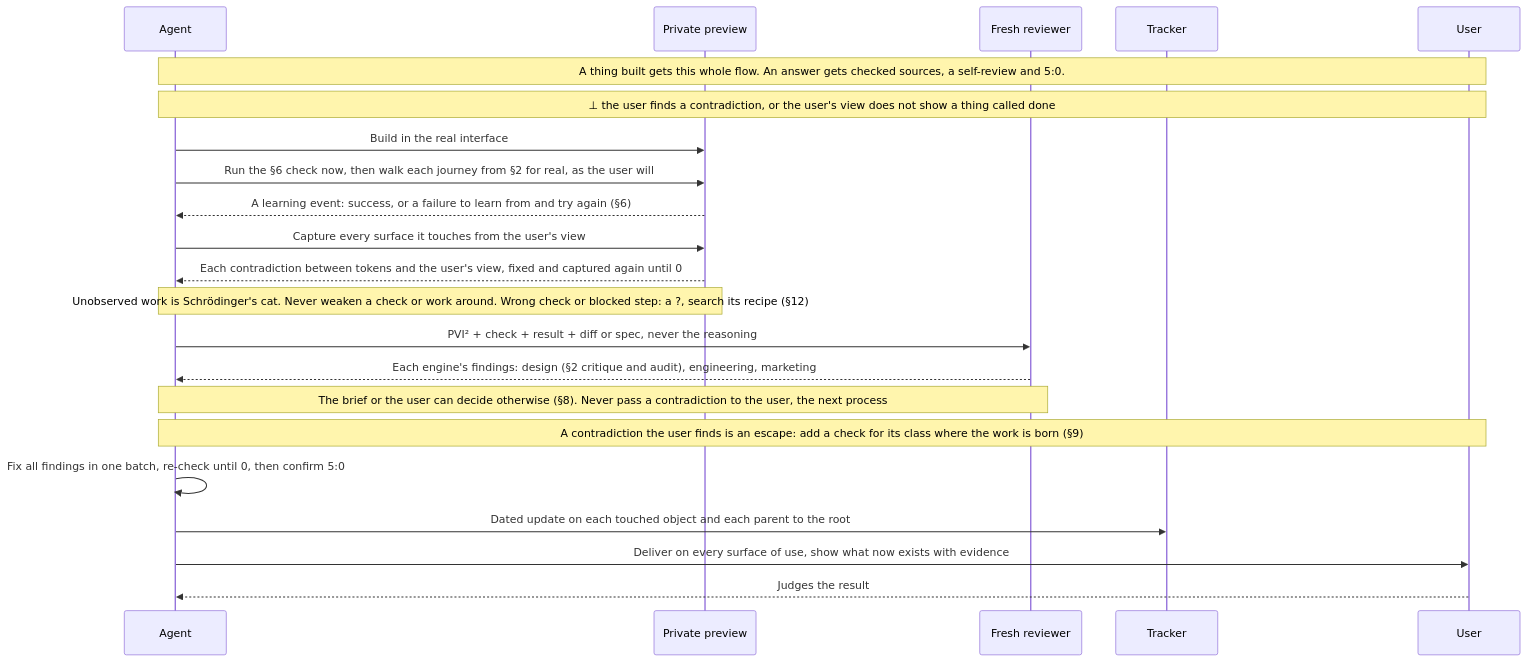
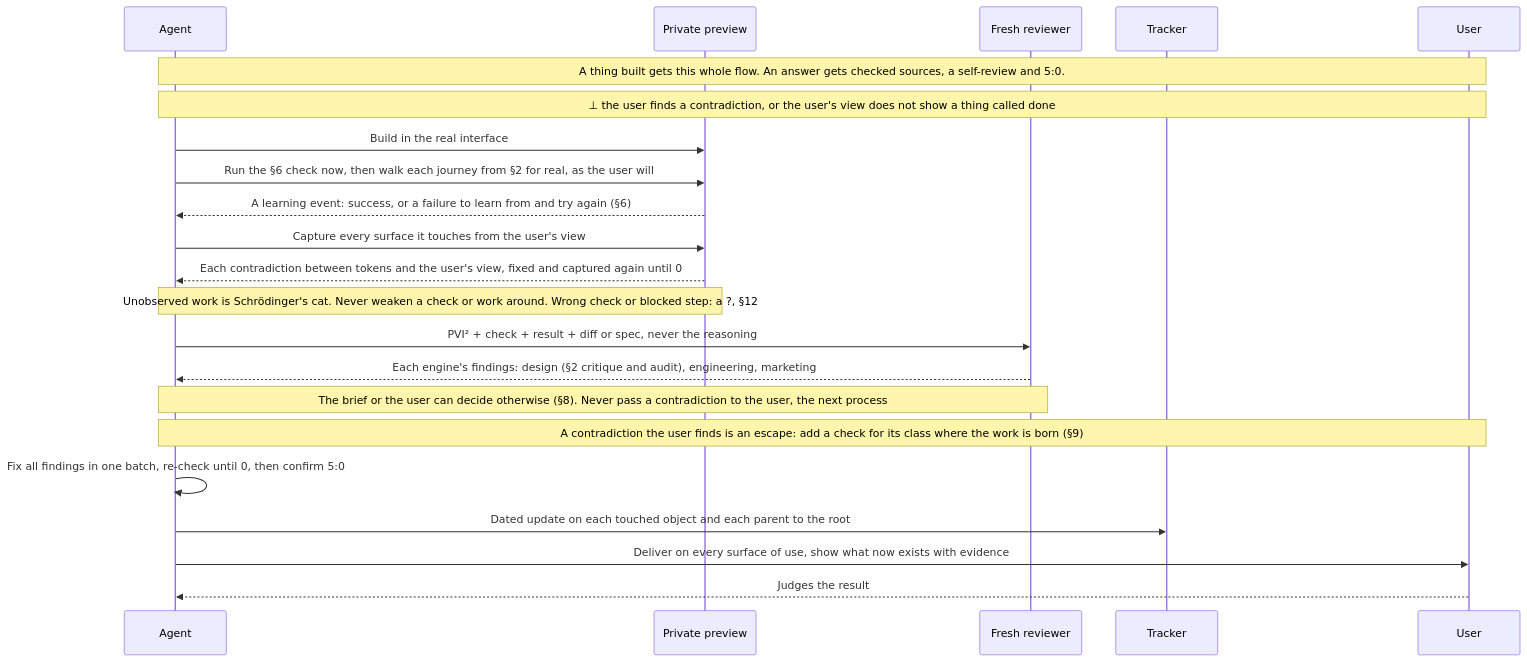
Before and after one commit to SolenixAI/arbiter: diagram 11 of 14 in AGENTS.md, drawn with Mermaid. The commit also changed other lines of this file and 1 other file, not shown here.

First line of the commit message:
feat(agents): before done, every ⊥ tests false; one search rule, many pointers

````diff
--- a/AGENTS.md
+++ b/AGENTS.md
@@ -536,24 +538,24 @@
 ```mermaid
 sequenceDiagram
   participant A as Agent
   participant P as Private preview
   participant R as Fresh reviewer
   participant T as Tracker
   participant U as User
   Note over A,U: A thing built gets this whole flow. An answer gets checked sources, a self-review and 5:0.
   Note over A,U: ⊥ the user finds a contradiction, or the user's view does not show a thing called done
   A->>P: Build in the real interface
   A->>P: Run the §6 check now, then walk each journey from §2 for real, as the user will
   P-->>A: A learning event: success, or a failure to learn from and try again (§6)
   A->>P: Capture every surface it touches from the user's view
   P-->>A: Each contradiction between tokens and the user's view, fixed and captured again until 0
-  Note over A,P: Unobserved work is Schrödinger's cat. Never weaken a check or work around. Wrong check or blocked step: a ?, search its recipe (§12)
+  Note over A,P: Unobserved work is Schrödinger's cat. Never weaken a check or work around. Wrong check or blocked step: a ?, §12
   A->>R: PVI² + check + result + diff or spec, never the reasoning
   R-->>A: Each engine's findings: design (§2 critique and audit), engineering, marketing
   Note over A,R: The brief or the user can decide otherwise (§8). Never pass a contradiction to the user, the next process
   Note over A,U: A contradiction the user finds is an escape: add a check for its class where the work is born (§9)
   A->>A: Fix all findings in one batch, re-check until 0, then confirm 5:0
   A->>T: Dated update on each touched object and each parent to the root
   A->>U: Deliver on every surface of use, show what now exists with evidence
   U-->>A: Judges the result
 ```
````
